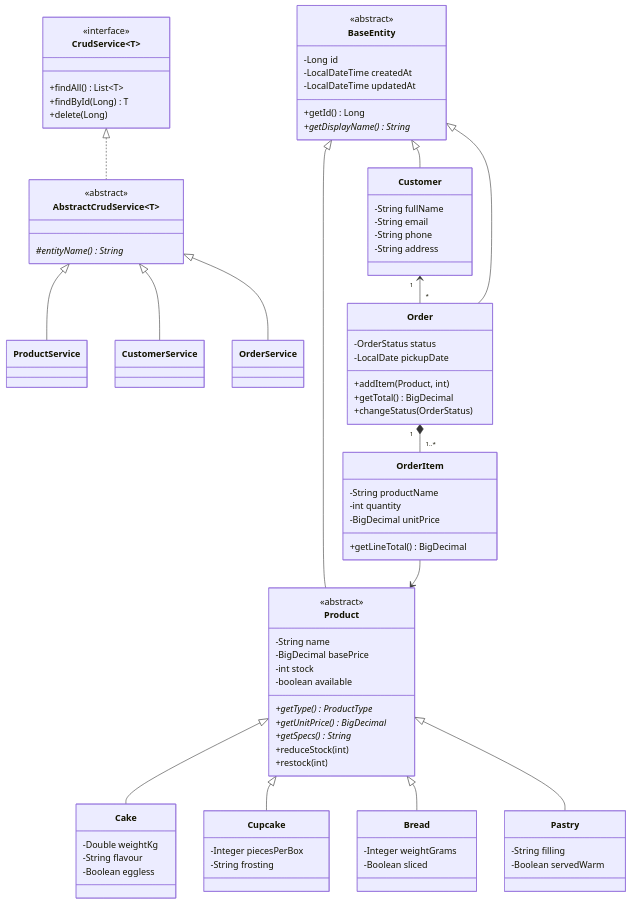
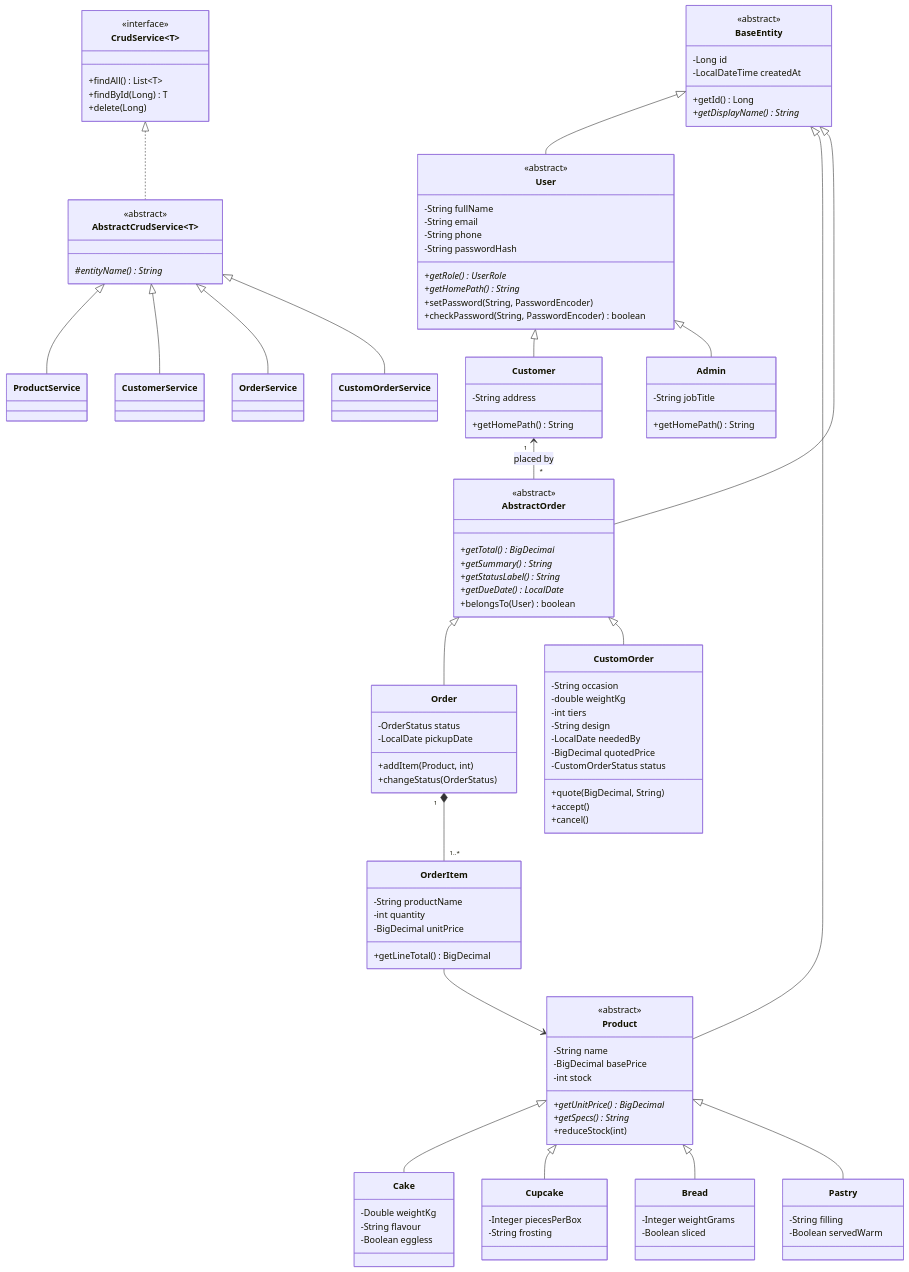
Before and after one commit to IT22127082/SprinkleUp: the diagram in README.md, drawn with Mermaid. The commit also changed other lines of this file and 1 other file, not shown here.

Commit message:
Document accounts, custom cake flow and updated class diagram

````diff
--- a/README.md
+++ b/README.md
@@ -50,21 +72,36 @@
         <<abstract>>
         -Long id
         -LocalDateTime createdAt
-        -LocalDateTime updatedAt
         +getId() Long
         +getDisplayName()* String
+    }
+    class User {
+        <<abstract>>
+        -String fullName
+        -String email
+        -String phone
+        -String passwordHash
+        +getRole()* UserRole
+        +getHomePath()* String
+        +setPassword(String, PasswordEncoder)
+        +checkPassword(String, PasswordEncoder) boolean
+    }
+    class Customer {
+        -String address
+        +getHomePath() String
+    }
+    class Admin {
+        -String jobTitle
+        +getHomePath() String
     }
     class Product {
         <<abstract>>
         -String name
         -BigDecimal basePrice
         -int stock
-        -boolean available
-        +getType()* ProductType
         +getUnitPrice()* BigDecimal
         +getSpecs()* String
         +reduceStock(int)
-        +restock(int)
     }
     class Cake {
         -Double weightKg
@@ -83,18 +120,31 @@
         -String filling
         -Boolean servedWarm
     }
-    class Customer {
-        -String fullName
-        -String email
-        -String phone
-        -String address
+    class AbstractOrder {
+        <<abstract>>
+        +getTotal()* BigDecimal
+        +getSummary()* String
+        +getStatusLabel()* String
+        +getDueDate()* LocalDate
+        +belongsTo(User) boolean
     }
     class Order {
         -OrderStatus status
         -LocalDate pickupDate
         +addItem(Product, int)
-        +getTotal() BigDecimal
         +changeStatus(OrderStatus)
+    }
+    class CustomOrder {
+        -String occasion
+        -double weightKg
+        -int tiers
+        -String design
+        -LocalDate neededBy
+        -BigDecimal quotedPrice
+        -CustomOrderStatus status
+        +quote(BigDecimal, String)
+        +accept()
+        +cancel()
     }
     class OrderItem {
         -String productName
@@ -113,18 +163,23 @@
         #entityName()* String
     }
 
+    BaseEntity <|-- User
     BaseEntity <|-- Product
-    BaseEntity <|-- Customer
-    BaseEntity <|-- Order
+    BaseEntity <|-- AbstractOrder
+    User <|-- Customer
+    User <|-- Admin
     Product <|-- Cake
     Product <|-- Cupcake
     Product <|-- Bread
     Product <|-- Pastry
-    Customer "1" <-- "*" Order
+    AbstractOrder <|-- Order
+    AbstractOrder <|-- CustomOrder
+    Customer "1" <-- "*" AbstractOrder : placed by
     Order "1" *-- "1..*" OrderItem
     OrderItem --> Product
     CrudService <|.. AbstractCrudService
     AbstractCrudService <|-- ProductService
     AbstractCrudService <|-- CustomerService
     AbstractCrudService <|-- OrderService
+    AbstractCrudService <|-- CustomOrderService
 ```
````
